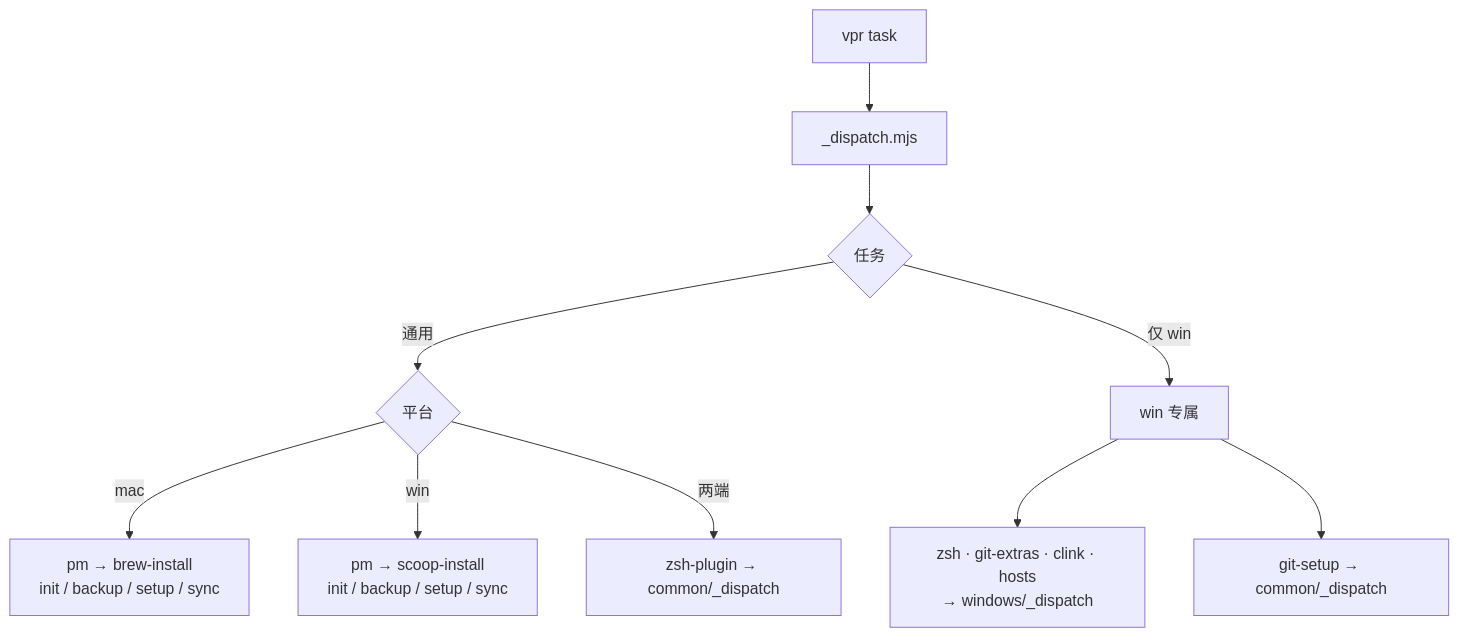
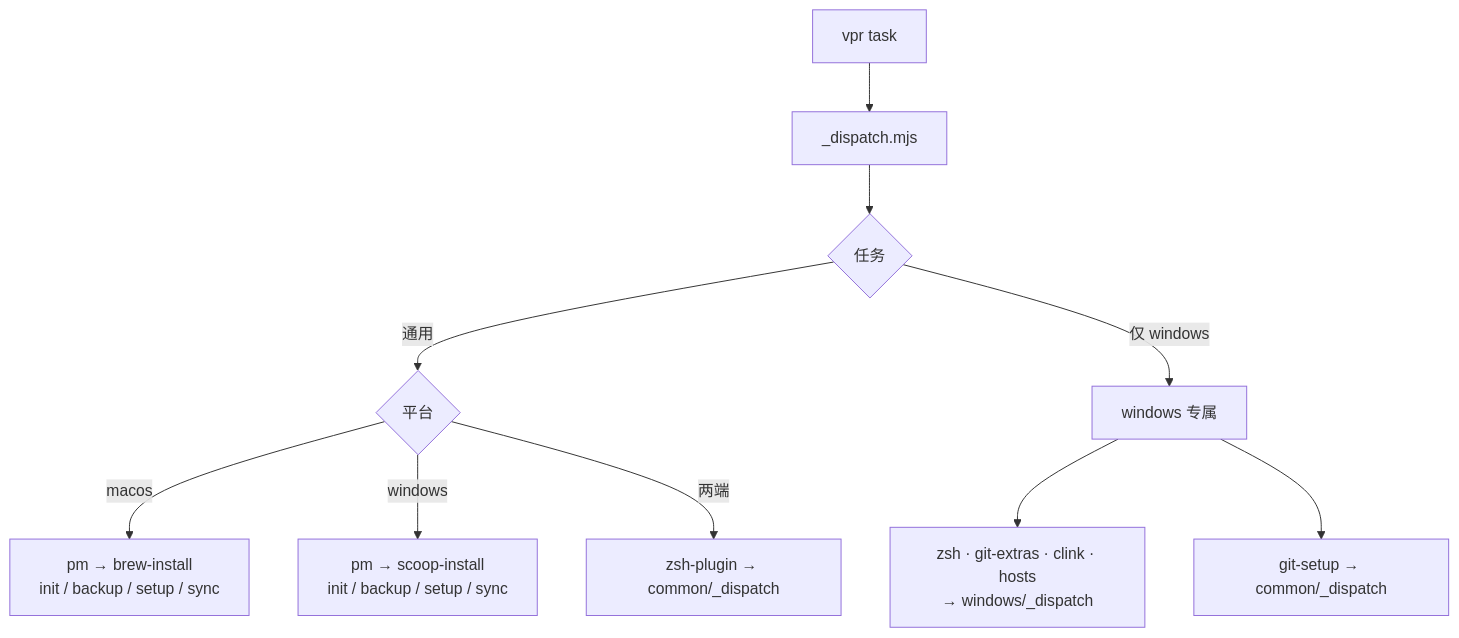
Before and after one commit to wwlight/use: the second of 4 diagrams in README.md, drawn with Mermaid. The commit also changed other lines of this file and 25 other files, not shown here.

Commit message:
feat(install): add macOS support with improved environment detection and configuration management

````diff
--- a/README.md
+++ b/README.md
@@ -216,15 +221,15 @@
 ```mermaid
 flowchart TD
   V["vpr task"] --> D["_dispatch.mjs"]
   D --> T{"任务"}
 
   T -->|通用| P{"平台"}
-  T -->|仅 win| W["win 专属"]
+  T -->|仅 windows| W["windows 专属"]
 
-  P -->|mac| M["pm → brew-install<br/>init / backup / setup / sync"]
-  P -->|win| N["pm → scoop-install<br/>init / backup / setup / sync"]
+  P -->|macos| M["pm → brew-install<br/>init / backup / setup / sync"]
+  P -->|windows| N["pm → scoop-install<br/>init / backup / setup / sync"]
   P -->|两端| C["zsh-plugin → common/_dispatch"]
 
   W --> W1["zsh · git-extras · clink · hosts<br/>→ windows/_dispatch"]
   W --> W2["git-setup → common/_dispatch"]
 ```
````
